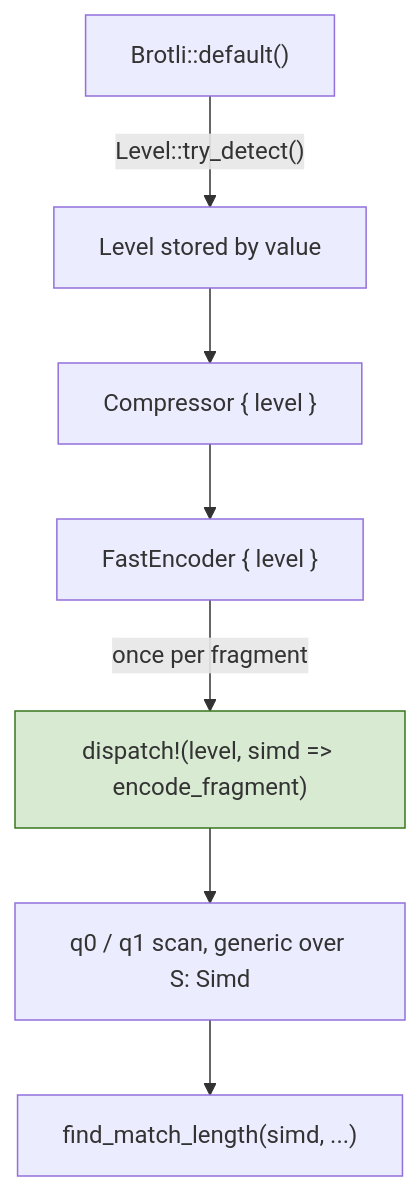
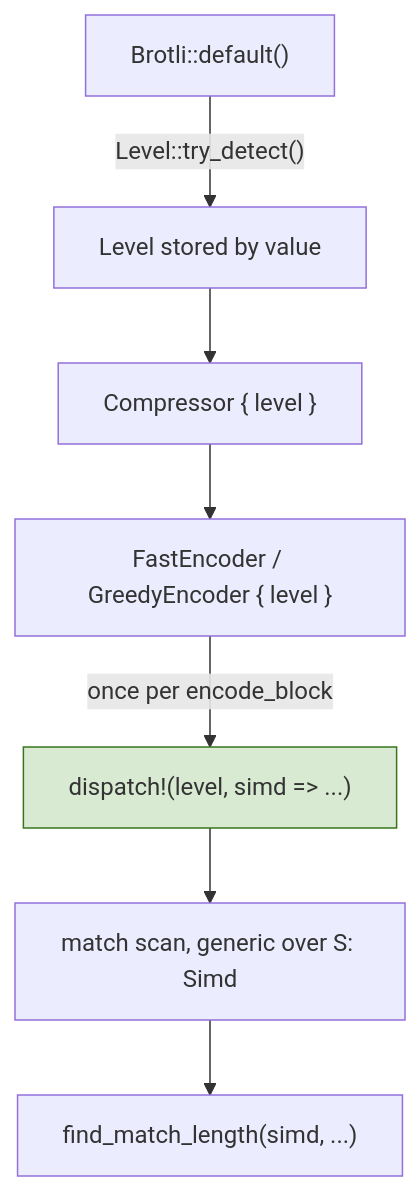
The seventh of 8 diagrams in architecture/compressor.md (Mnwa/mbrotli), drawn with Mermaid before and after one commit. The commit also changed other lines of this file and 84 other files, not shown here.

````diff
--- a/architecture/compressor.md
+++ b/architecture/compressor.md
@@ -214,12 +292,12 @@
 ```mermaid
 graph TD
     A["Brotli::default()"] -->|"Level::try_detect()"| B["Level stored by value"]
     B --> C["Compressor { level }"]
-    C --> D["FastEncoder { level }"]
-    D -->|"once per fragment"| E["dispatch!(level, simd => encode_fragment)"]
-    E --> F["q0 / q1 scan, generic over S: Simd"]
+    C --> D["FastEncoder / GreedyEncoder { level }"]
+    D -->|"once per encode_block"| E["dispatch!(level, simd => ...)"]
+    E --> F["match scan, generic over S: Simd"]
     F --> G["find_match_length(simd, ...)"]
 
     classDef once fill:#d9ead3,stroke:#38761d;
     class E once;
 ```
````
